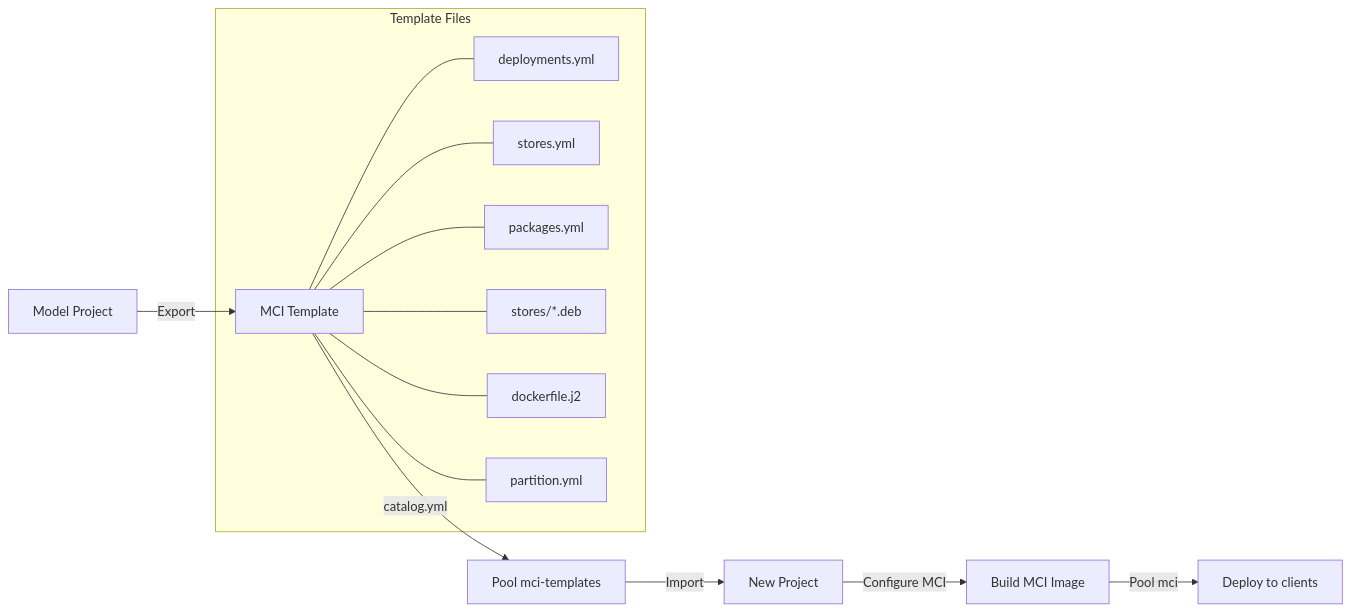
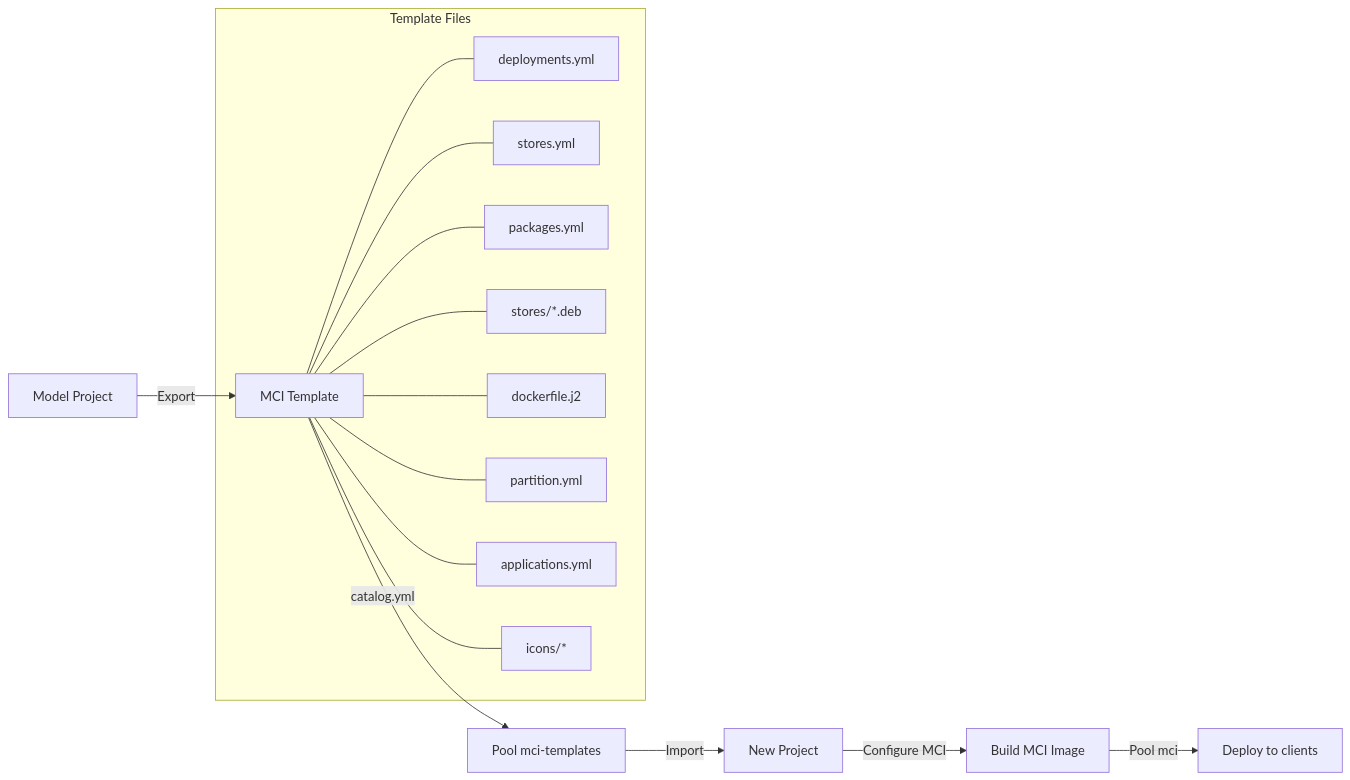
Before and after one commit to migasfree/migasfree-swarm: the third of 3 diagrams in doc/explanation/mci-deployments.md, drawn with Mermaid. The commit also changed other lines of this file and 4 other files, not shown here.

````diff
--- a/doc/explanation/mci-deployments.md
+++ b/doc/explanation/mci-deployments.md
@@ -323,17 +342,19 @@
 ```mermaid
 flowchart LR
     A["Model Project"] -->|Export| B["MCI Template"]
     B -->|catalog.yml| C["Pool mci-templates"]
     C -->|Import| D["New Project"]
     D -->|Configure MCI| E["Build MCI Image"]
     E -->|Pool mci| F["Deploy to clients"]
 
     subgraph "Template Files"
         B --- B1[deployments.yml]
         B --- B2[stores.yml]
         B --- B3[packages.yml]
         B --- B4["stores/*.deb"]
         B --- B5[dockerfile.j2]
         B --- B6[partition.yml]
+        B --- B7[applications.yml]
+        B --- B8["icons/*"]
     end
 ```
````
